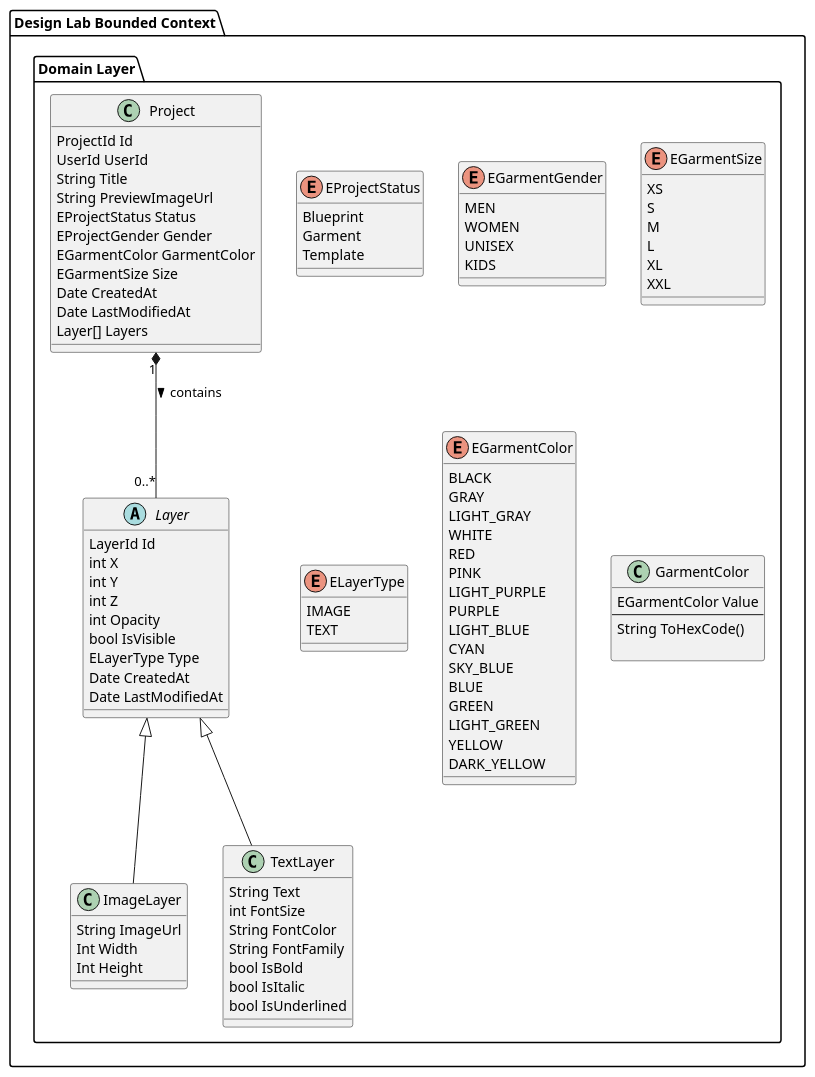
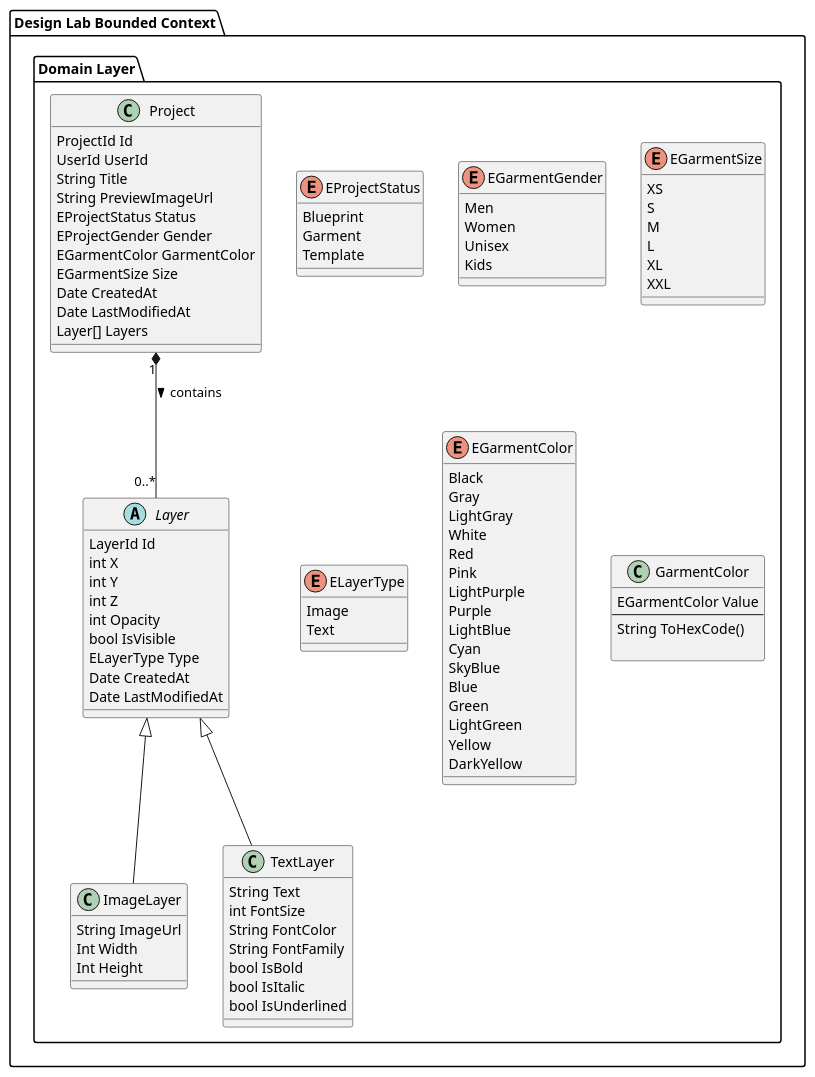
One commit to q2-aplicaciones-web/web-services changed the diagram in docs/Design-Lab.puml. Above: the diagram before and after it, drawn with PlantUML.

Commit message:
feat: update garment enums to use PascalCase for consistency in docs

```diff
--- a/docs/Design-Lab.puml
+++ b/docs/Design-Lab.puml
@@ -1,105 +1,105 @@
 @startuml
 
 package "Design Lab Bounded Context" {
 
     package "Domain Layer" {
         
         enum EProjectStatus {
             Blueprint
             Garment
             Template
         }
         
         enum EGarmentGender {
-            MEN
-            WOMEN
-            UNISEX
-            KIDS
+            Men
+            Women
+            Unisex
+            Kids
         }
         
         enum EGarmentSize {
             XS
             S
             M
             L
             XL
             XXL
         }
         
         enum ELayerType {
-            IMAGE
-            TEXT
+            Image
+            Text
         }
         
         enum EGarmentColor {
-            BLACK
-            GRAY
-            LIGHT_GRAY
-            WHITE
-            RED
-            PINK
-            LIGHT_PURPLE
-            PURPLE
-            LIGHT_BLUE
-            CYAN
-            SKY_BLUE
-            BLUE
-            GREEN
-            LIGHT_GREEN
-            YELLOW
-            DARK_YELLOW
+            Black
+            Gray
+            LightGray
+            White
+            Red
+            Pink
+            LightPurple
+            Purple
+            LightBlue
+            Cyan
+            SkyBlue
+            Blue
+            Green
+            LightGreen
+            Yellow
+            DarkYellow
         }
 
         class "Project" {
             ProjectId Id
             UserId UserId
             String Title
             String PreviewImageUrl
             EProjectStatus Status
             EProjectGender Gender
             EGarmentColor GarmentColor
             EGarmentSize Size
             Date CreatedAt
             Date LastModifiedAt
             Layer[] Layers
         }
         
         abstract class "Layer" {
             LayerId Id
             int X
             int Y
             int Z
             int Opacity
             bool IsVisible
             ELayerType Type
             Date CreatedAt
             Date LastModifiedAt
         }
         
         class "ImageLayer" extends "Layer" {
             String ImageUrl
             Int Width
             Int Height
         }
         
         class "TextLayer" extends "Layer" {
             String Text
             int FontSize
             String FontColor
             String FontFamily
             bool IsBold
             bool IsItalic
             bool IsUnderlined
         }
         
         class GarmentColor {
             EGarmentColor Value
             ---
             String ToHexCode()
             
         }
         
         Project "1" *-- "0..*" Layer : contains >
     }
 }
 @enduml
```
